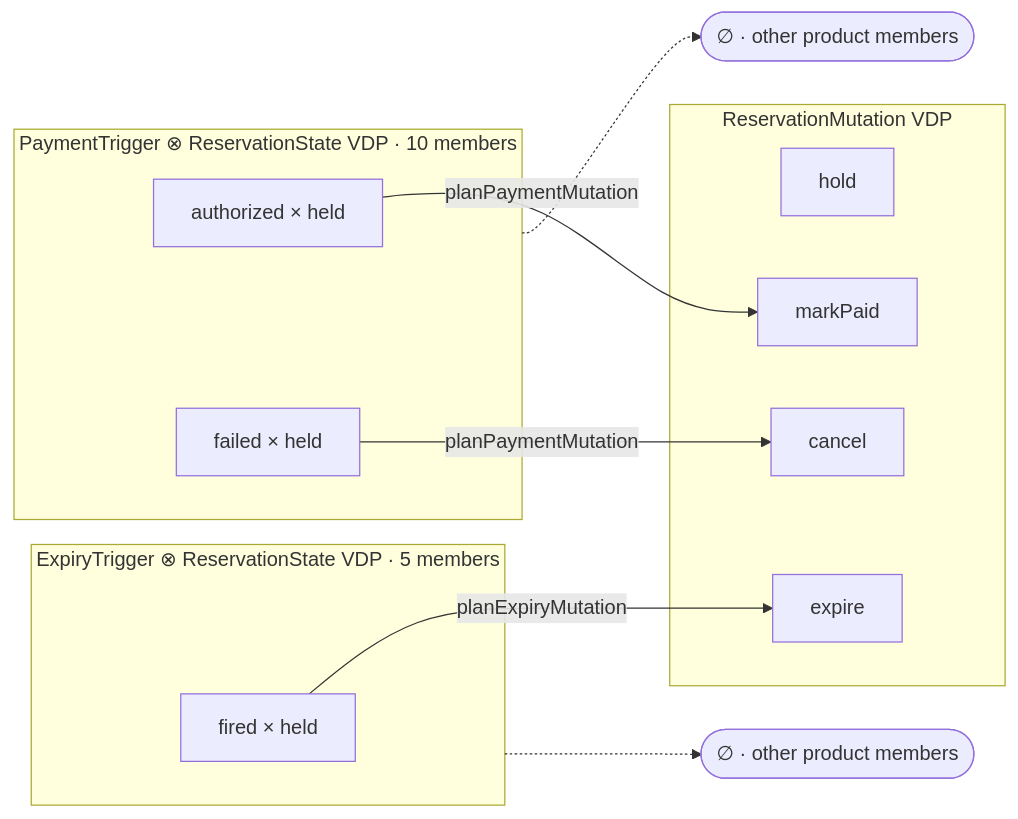
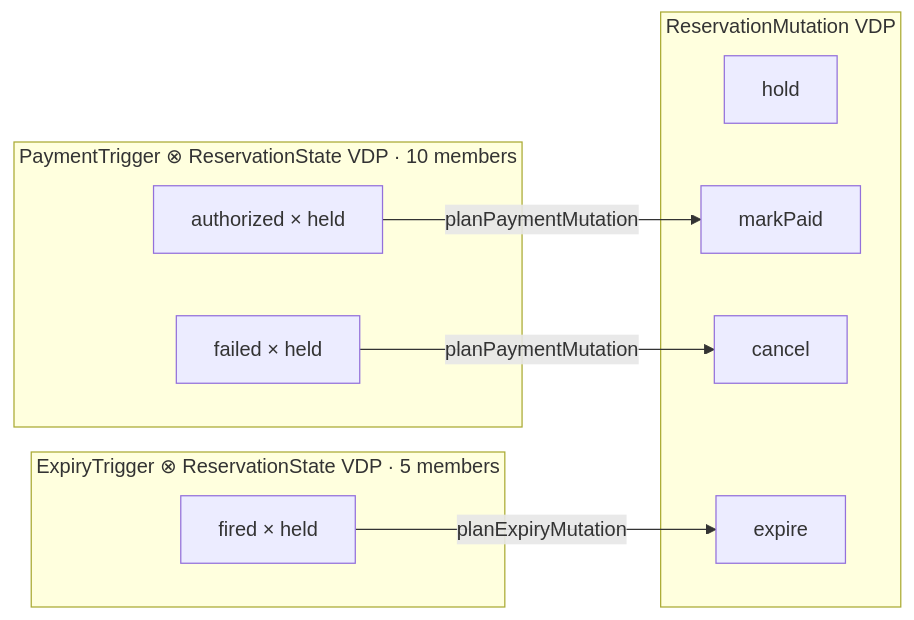
The ninth of 10 diagrams in README.md (mrvanish97/archiscript), drawn with Mermaid before and after one commit. The commit also changed other lines of this file, not shown here.

Commit message:
docs: separate operation algebra from VDP diagrams

````diff
--- a/README.md
+++ b/README.md
@@ -356,28 +361,22 @@
 ```mermaid
 flowchart LR
   subgraph PC["PaymentTrigger ⊗ ReservationState VDP · 10 members"]
     P0["authorized × held"]
     P1["failed × held"]
   end
 
   subgraph EC["ExpiryTrigger ⊗ ReservationState VDP · 5 members"]
     E0["fired × held"]
   end
 
   subgraph RM["ReservationMutation VDP"]
     M0["hold"]
     M1["markPaid"]
     M2["cancel"]
     M3["expire"]
   end
 
-  PX(["∅ · other product members"])
-  EX(["∅ · other product members"])
-
   P0 -->|"planPaymentMutation"| M1
   P1 -->|"planPaymentMutation"| M2
   E0 -->|"planExpiryMutation"| M3
-
-  PC -.-> PX
-  EC -.-> EX
 ```
````
